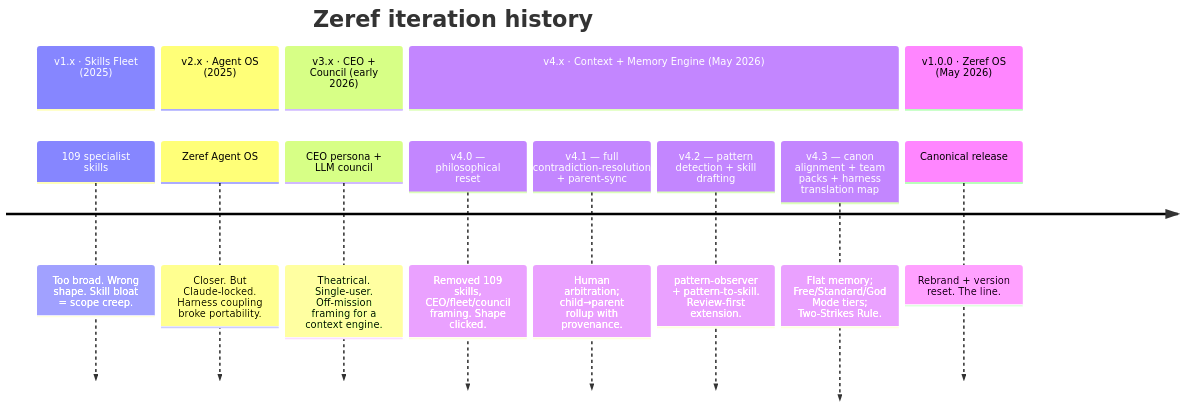
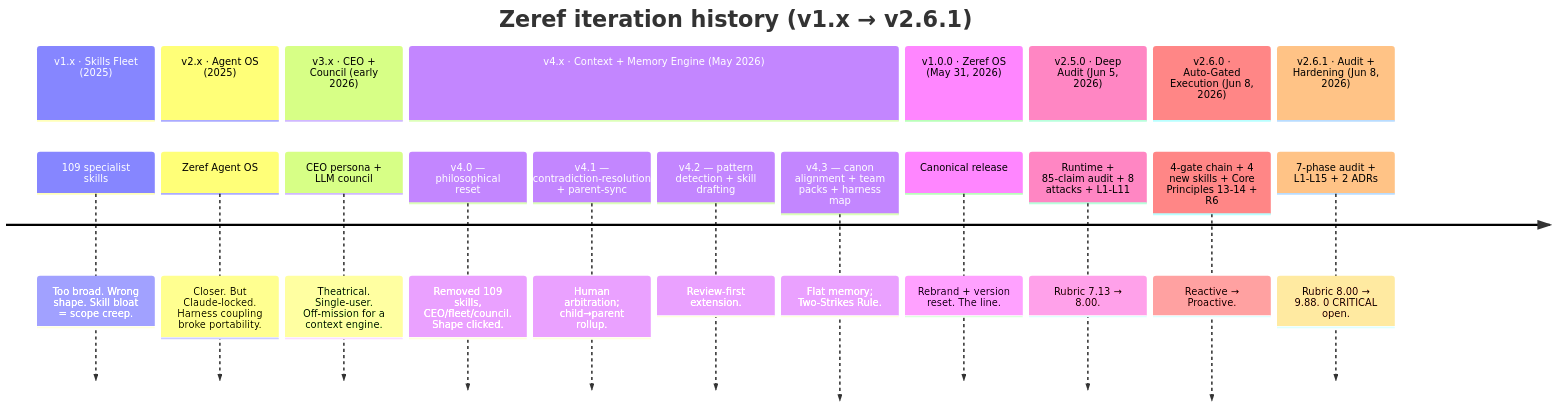
Before and after one commit to kanadhiayash/zeref-memory-engine: the diagram in docs/wiki/Versioning-History.md, drawn with Mermaid. The commit also changed other lines of this file and 15 other files, not shown here.

First line of the commit message:
docs(zeref): refactor wiki to v2.6.1 + update README mermaid diagrams

````diff
--- a/docs/wiki/Versioning-History.md
+++ b/docs/wiki/Versioning-History.md
@@ -7,17 +7,23 @@
 ```mermaid
 timeline
-  title Zeref iteration history
+  title Zeref iteration history (v1.x → v2.6.1)
   section v1.x · Skills Fleet (2025)
     109 specialist skills : Too broad. Wrong shape. Skill bloat = scope creep.
   section v2.x · Agent OS (2025)
     Zeref Agent OS : Closer. But Claude-locked. Harness coupling broke portability.
   section v3.x · CEO + Council (early 2026)
-    CEO persona + LLM council : Theatrical. Single-user. Off-mission framing for a context engine.
+    CEO persona + LLM council : Theatrical. Single-user. Off-mission for a context engine.
   section v4.x · Context + Memory Engine (May 2026)
-    v4.0 — philosophical reset : Removed 109 skills, CEO/fleet/council framing. Shape clicked.
-    v4.1 — full contradiction-resolution + parent-sync : Human arbitration; child→parent rollup with provenance.
-    v4.2 — pattern detection + skill drafting : pattern-observer + pattern-to-skill. Review-first extension.
-    v4.3 — canon alignment + team packs + harness translation map : Flat memory; Free/Standard/God Mode tiers; Two-Strikes Rule.
-  section v1.0.0 · Zeref OS (May 2026)
+    v4.0 — philosophical reset : Removed 109 skills, CEO/fleet/council. Shape clicked.
+    v4.1 — contradiction-resolution + parent-sync : Human arbitration; child→parent rollup.
+    v4.2 — pattern detection + skill drafting : Review-first extension.
+    v4.3 — canon alignment + team packs + harness map : Flat memory; Two-Strikes Rule.
+  section v1.0.0 · Zeref OS (May 31, 2026)
     Canonical release : Rebrand + version reset. The line.
+  section v2.5.0 · Deep Audit (Jun 5, 2026)
+    Runtime + 85-claim audit + 8 attacks + L1-L11 : Rubric 7.13 → 8.00.
+  section v2.6.0 · Auto-Gated Execution (Jun 8, 2026)
+    4-gate chain + 4 new skills + Core Principles 13-14 + R6 : Reactive → Proactive.
+  section v2.6.1 · Audit + Hardening (Jun 8, 2026)
+    7-phase audit + L1-L15 + 2 ADRs : Rubric 8.00 → 9.88. 0 CRITICAL open.
 ```
````
